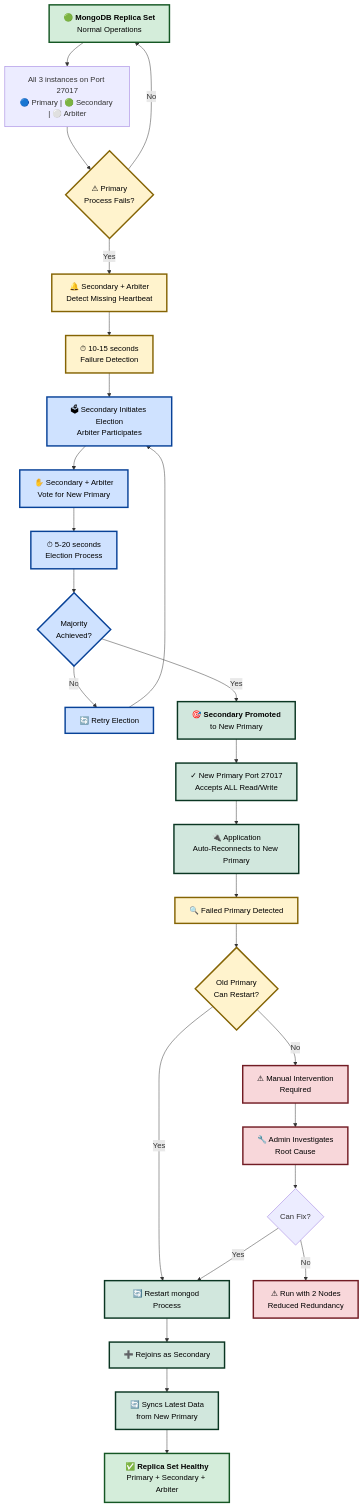
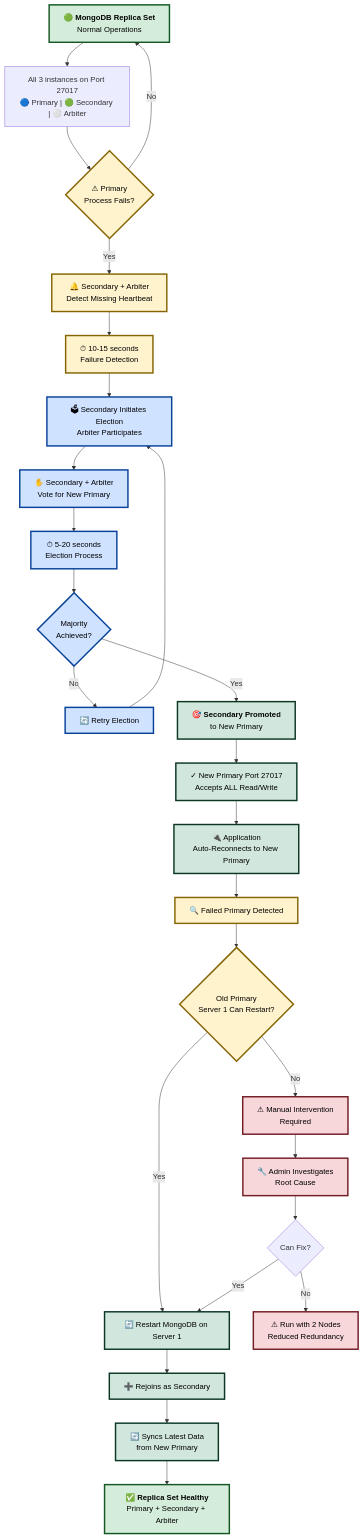
One commit to Vishwa0220/customers-docs changed the seventh of 11 diagrams in HA_DR_Architecture_Documentation_dt.md. Above: the diagram before and after it, drawn with Mermaid. The commit also changed other lines of this file, not shown here.

````diff
--- a/HA_DR_Architecture_Documentation_dt.md
+++ b/HA_DR_Architecture_Documentation_dt.md
@@ -446,48 +448,48 @@
 ```mermaid
 flowchart TD
     A["🟢 <b>MongoDB Replica Set</b><br/>Normal Operations"] --> B["All 3 instances on Port 27017<br/>🔵 Primary | 🟢 Secondary | ⚪ Arbiter"]
     
     B --> C{"⚠ Primary<br/>Process Fails?"}
     C -->|"No"| A
     
     C -->|"Yes"| D["🔔 Secondary + Arbiter<br/>Detect Missing Heartbeat"]
     D --> E["⏱ 10-15 seconds<br/>Failure Detection"]
     
     E --> F["🗳 Secondary Initiates Election<br/>Arbiter Participates"]
     F --> G["✋ Secondary + Arbiter<br/>Vote for New Primary"]
     G --> H["⏱ 5-20 seconds<br/>Election Process"]
     
     H --> I{"Majority<br/>Achieved?"}
     I -->|"No"| J["🔄 Retry Election"]
     J --> F
     
     I -->|"Yes"| K["🎯 <b>Secondary Promoted</b><br/>to New Primary"]
     K --> L["✓ New Primary Port 27017<br/>Accepts ALL Read/Write"]
     
     L --> M["🔌 Application<br/>Auto-Reconnects to New Primary"]
     M --> N["🔍 Failed Primary Detected"]
     
-    N --> O{"Old Primary<br/>Can Restart?"}
-    O -->|"Yes"| P["🔄 Restart mongod Process"]
+    N --> O{"Old Primary<br/>Server 1 Can Restart?"}
+    O -->|"Yes"| P["🔄 Restart MongoDB on Server 1"]
     P --> Q["➕ Rejoins as Secondary"]
     Q --> R["🔄 Syncs Latest Data<br/>from New Primary"]
     R --> S["✅ <b>Replica Set Healthy</b><br/>Primary + Secondary + Arbiter"]
     
     O -->|"No"| T["⚠ Manual Intervention<br/>Required"]
     T --> U["🔧 Admin Investigates<br/>Root Cause"]
     U --> V{"Can Fix?"}
     V -->|"Yes"| P
     V -->|"No"| W["⚠ Run with 2 Nodes<br/>Reduced Redundancy"]
     
     classDef normalOps fill:#d4edda,stroke:#155724,stroke-width:3px,color:#000
     classDef warning fill:#fff3cd,stroke:#856404,stroke-width:3px,color:#000
     classDef critical fill:#f8d7da,stroke:#721c24,stroke-width:3px,color:#000
     classDef election fill:#cfe2ff,stroke:#084298,stroke-width:3px,color:#000
     classDef success fill:#d1e7dd,stroke:#0a3622,stroke-width:3px,color:#000
     
     class A,S normalOps
     class C,D,E,N,O warning
     class T,U,W critical
     class F,G,H,I,J election
     class K,L,M,P,Q,R success
 ```
````
